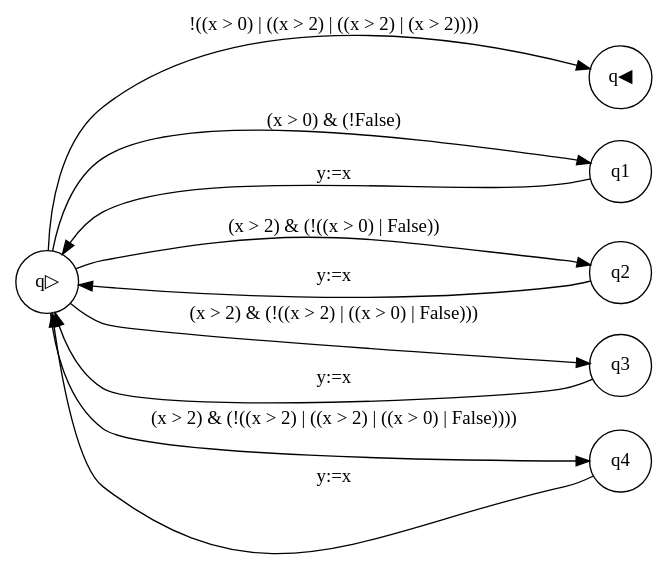
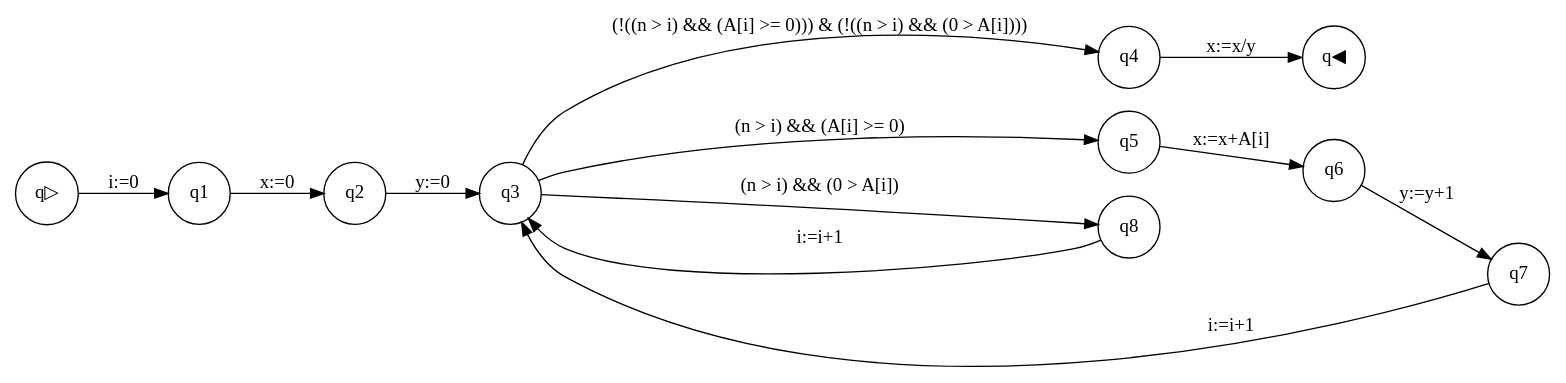
Before and after one commit to Luppilau/Parser: the diagram in Parser/src/input-output/output.dot, drawn with Graphviz. The commit also changed 4 other files, not shown here.

```diff
--- a/Parser/src/input-output/output.dot
+++ b/Parser/src/input-output/output.dot
@@ -1,13 +1,15 @@
 digraph G {
 rankdir=LR;
 node [shape = circle]
-q▷ -> q◀ [label="!((x > 0) | ((x > 2) | ((x > 2) | (x > 2))))"] 
-q▷ -> q1 [label="(x > 0) & (!False)"] 
-q1 -> q▷ [label="y:=x"] 
-q▷ -> q2 [label="(x > 2) & (!((x > 0) | False))"] 
-q2 -> q▷ [label="y:=x"] 
-q▷ -> q3 [label="(x > 2) & (!((x > 2) | ((x > 0) | False)))"] 
-q3 -> q▷ [label="y:=x"] 
-q▷ -> q4 [label="(x > 2) & (!((x > 2) | ((x > 2) | ((x > 0) | False))))"] 
-q4 -> q▷ [label="y:=x"] 
+q▷ -> q1 [label="i:=0"] 
+q1 -> q2 [label="x:=0"] 
+q2 -> q3 [label="y:=0"] 
+q3 -> q4 [label="(!((n > i) && (A[i] >= 0))) & (!((n > i) && (0 > A[i])))"] 
+q3 -> q5 [label="(n > i) && (A[i] >= 0)"] 
+q5 -> q6 [label="x:=x+A[i]"] 
+q6 -> q7 [label="y:=y+1"] 
+q7 -> q3 [label="i:=i+1"] 
+q3 -> q8 [label="(n > i) && (0 > A[i])"] 
+q8 -> q3 [label="i:=i+1"] 
+q4 -> q◀ [label="x:=x/y"] 
 }
```
